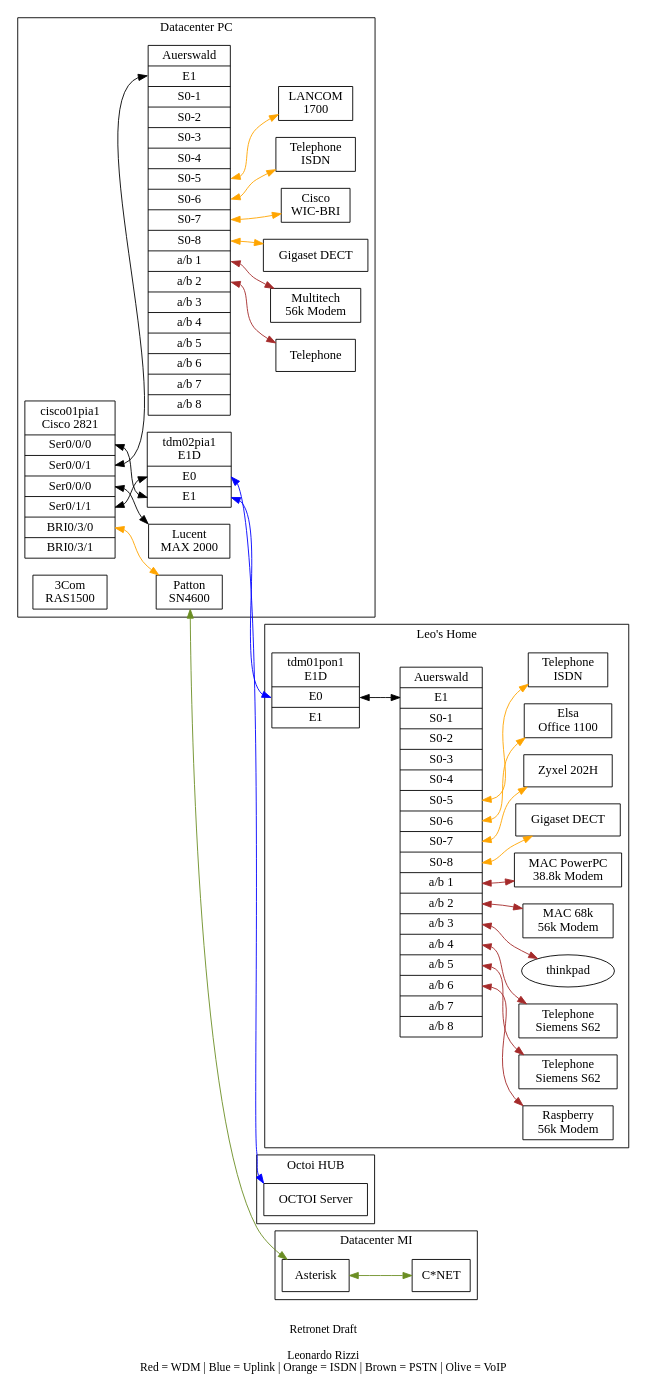
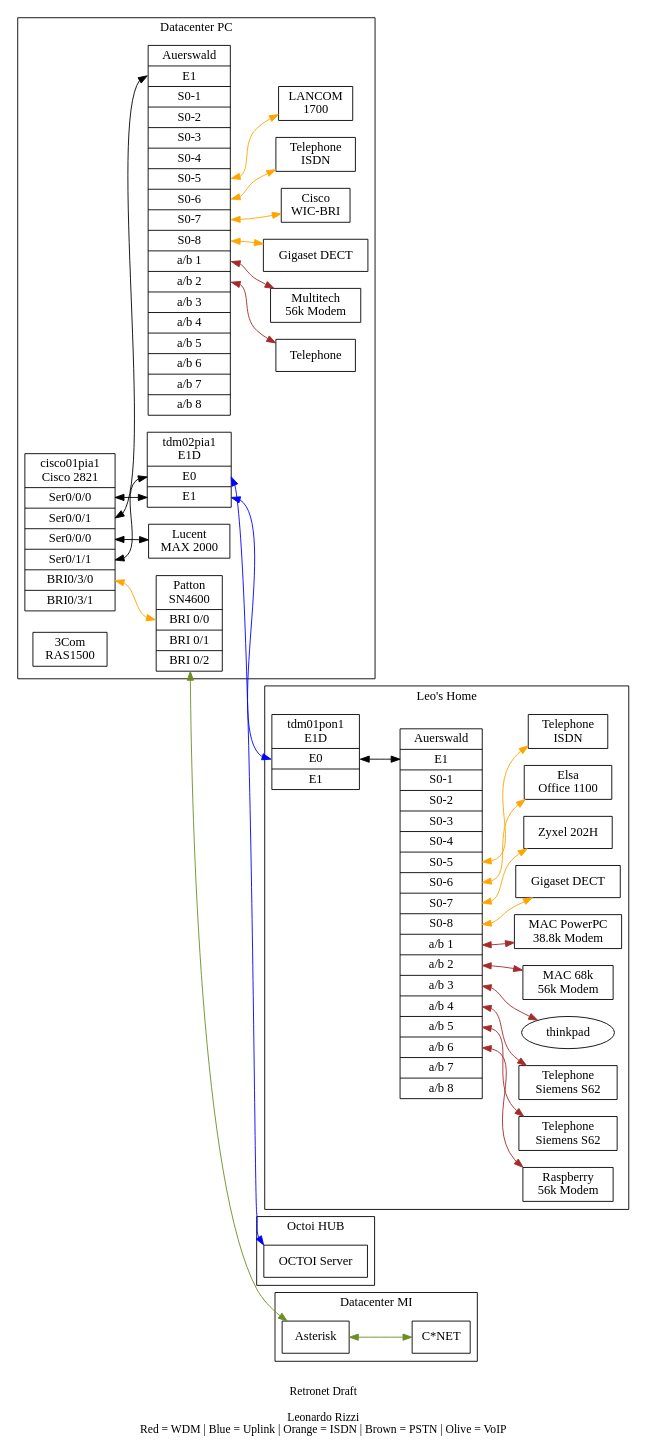
Before and after one commit to lrizzi/retronet: the diagram in e1d.gv, drawn with Graphviz. The commit also changed 1 other file, not shown here.

Commit message:
Fixed Patton BRI connection

```diff
--- a/e1d.gv
+++ b/e1d.gv
@@ -1,151 +1,151 @@
 graph TDM {
 //graph [nodesep=0.5, ranksep=0.5];
 //rankdir=RL;
 rankdir=LR;
 //clusterrank=none
 compound=true;
 edge [dir="both"]
 //concentrate=true
 
 subgraph cluster0 {
   label="Datacenter PC";
   compt01pia1 [shape=record,label="<host>Auerswald|<e1>E1|<s01>S0-1|<s02>S0-2|<s03>S0-3|<s04>S0-4|<s05>S0-5|<s06>S0-6|<s07>S0-7|<s08>S0-8|<ab1>a/b 1|<ab2>a/b 2|<ab3>a/b 3|<ab4>a/b 4|<ab5>a/b 5|<ab6>a/b 6|<ab7>a/b 7|<ab8>a/b 8"];
   //tdm01pia1 [shape=record,label="<host>tdm01pia1\nPacketBand|<e1>E1"];
   tdm02pia1 [shape=record,label="<host>tdm02pia1\nE1D|<e0>E0|<e1>E1"];
 
   cisco01pia1 [shape=record,label="<host>cisco01pia1\nCisco 2821|<s000>Ser0/0/0|<s001>Ser0/0/1|<s010>Ser0/0/0|<s011>Ser0/1/1|<bri030>BRI0/3/0|<bri031>BRI0/3/1"];
 
   ras01pia1 [shape=record,label="<host>3Com\nRAS1500"]
   max01pia1 [shape=record,label="<host>Lucent\nMAX 2000"]
 
   r01pia1 [shape=record,label="<host>Cisco\nWIC-BRI"]
   r02pia1 [shape=record,label="<host>LANCOM\n1700"]
 
   modem01pia1 [shape=record,label="Multitech\n56k Modem"];
 
   tel01pia1 [shape=record,label="Telephone"];
 
 
   gigaset01pia1 [shape=record,label="Gigaset DECT"];
 
   itel01pia1 [shape=record,label="Telephone\nISDN"];
 
-  patton01 [shape=record,label="<host>Patton\nSN4600"]
+  patton01 [shape=record,label="<host>Patton\nSN4600|<bri00>BRI 0/0|<bri01>BRI 0/1|<bri02>BRI 0/2"]
 
   subgraph cluster_00 {
   label="External"
 //  Telnet [shape=record,label="<host>Telnet|<transit>Transit|<access>Access"];
 //  MinapF [shape=record,label="<host>Minap Telnet|<p01>Port 01|<p02> Port 02|<p03> Port 03"];
 }
 }
 
 subgraph cluster1 {
   label="Datacenter MI";
   //compt01mil1 [shape=record,label="<host>compt01mil1\nAuerswald|<e1>E1|<s01>S0-1|<s02>S0-2|<s03>S0-3|<s04>S0-4|<s05>S0-5|<s06>S0-6|<s07>S0-7|<s08>S0-8|"];
   //tdm01mil1 [shape=record,label="<host>tdm01mil1\nPacketBand|<e1>E1"];
   
   //r01mil1 [shape=record,label="<host>Cisco\nWIC-BRI"]
   //patton01mil1 [shape=record,label="<host>Patton\nSmartNode"]
   pbx02mil1 [shape=record,label="<host>Asterisk"]
 
   cnet [shape=record,label="<host>C*NET"]
 
 
 
   // Service provider
   subgraph cluster_10 {
   label="External"
 }
 }
 
 subgraph cluster2 {
   label="Leo's Home";
   compt01pon1 [shape=record,label="<host>Auerswald|<e1>E1|<s01>S0-1|<s02>S0-2|<s03>S0-3|<s04>S0-4|<s05>S0-5|<s06>S0-6|<s07>S0-7|<s08>S0-8|<ab1>a/b 1|<ab2>a/b 2|<ab3>a/b 3|<ab4>a/b 4|<ab5>a/b 5|<ab6>a/b 6|<ab7>a/b 7|<ab8>a/b 8"];
   tdm01pon1 [shape=record,label="<host>tdm01pon1\nE1D|<e0>E0|<e1>E1"];
 
   gigaset01pon1 [shape=record,label="Gigaset DECT"];
   r02pon1 [shape=record,label="Zyxel 202H"]
   r01pon1 [shape=record,label="Elsa\nOffice 1100"]
 
 
   tel01pon1 [shape=record,label="Telephone\nSiemens S62"];
   tel02pon1 [shape=record,label="Telephone\nSiemens S62"];
 
   itel01pon1 [shape=record,label="Telephone\nISDN"];
   
   modem01pon1 [shape=record,label="MAC PowerPC\n38.8k Modem"];
   modem02pon1 [shape=record,label="MAC 68k\n56k Modem"];
   modem03pon1 [shape=record,label="Raspberry\n56k Modem"];
 
   thinkpad
 
 
   // Service provider
   subgraph cluster_20 {
   label="External"
 }
 }
 
 subgraph cluster3 {
   label="Octoi HUB";
 
 
   octoihub [shape=record,label="OCTOI Server"];
 
 }
 
 
 //tdm01mil1:host -- tdm01pia1:host [color=blue]
 tdm02pia1:e1 -- tdm01pon1:e0 [color=blue]
 tdm02pia1:e0 -- octoihub:host [color=blue]
 
 
 //PIA1
 cisco01pia1:s000 -- tdm02pia1:e1
 cisco01pia1:s001 -- compt01pia1:e1
 cisco01pia1:s010 -- max01pia1:e1
 cisco01pia1:s011 -- tdm02pia1:e0
 
-cisco01pia1:bri030 -- patton01 [color=orange]
+cisco01pia1:bri030 -- patton01:bri00 [color=orange]
 
 
 
 //compt01pia1:s01 -- patton01 [color=orange] temporary at PON1
 
 compt01pia1:s05 -- r02pia1 [color=orange]
 compt01pia1:s06 -- itel01pia1 [color=orange]
 compt01pia1:s07 -- r01pia1 [color=orange]
 compt01pia1:s08 -- gigaset01pia1 [color=orange]
 
 compt01pia1:ab1 -- modem01pia1 [color=brown]
 compt01pia1:ab2 -- tel01pia1 [color=brown]
 
 
 //MIL1
 //tdm01mil1:e1 -- compt01mil1:e1 
 //compt01mil1:s01 -- r01mil1 [color=orange]
 //compt01mil1:s02 -- patton01mil1 [color=orange]
 patton01 -- pbx02mil1 [color=olivedrab]
 pbx02mil1 -- cnet [color=olivedrab]
 
 //PON
 tdm01pon1:e0 -- compt01pon1:e1
 
 
 compt01pon1:s05 -- itel01pon1 [color=orange]
 compt01pon1:s06 -- r01pon1 [color=orange]
 compt01pon1:s07 -- r02pon1 [color=orange]
 compt01pon1:s08 -- gigaset01pon1 [color=orange]
 
 compt01pon1:ab1 -- modem01pon1 [color=brown]
 compt01pon1:ab2 -- modem02pon1 [color=brown]
 compt01pon1:ab3 -- thinkpad [color=brown]
 compt01pon1:ab4 -- tel01pon1 [color=brown]
 compt01pon1:ab5 -- tel02pon1 [color=brown]
 compt01pon1:ab6 -- modem03pon1 [color=brown]
 
 
 
 label = "\nRetronet Draft\n\nLeonardo Rizzi\nRed = WDM | Blue = Uplink | Orange = ISDN | Brown = PSTN | Olive = VoIP";
 fontsize=13;
 }
```
